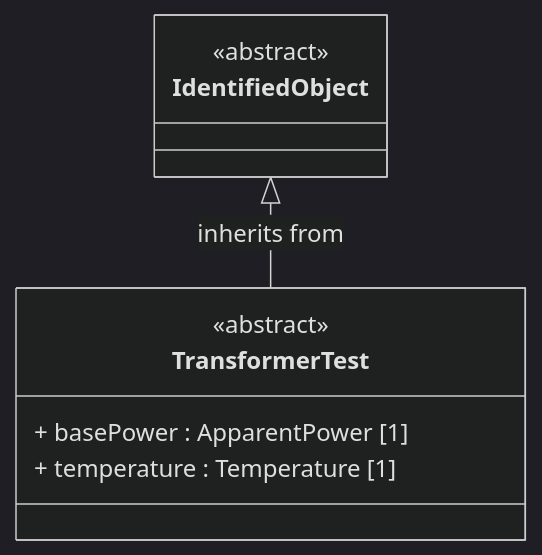
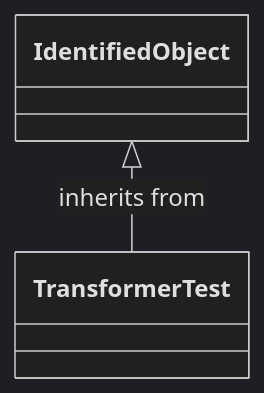
Before and after one commit to PNNL-CIM-Tools/CIM-Graph: diagram 14 of 14 in cimgraph/data_profile/cim18gmdm/asset/Asset.rdfs-t2b.md, drawn with Mermaid (dark theme). The commit also changed other lines of this file and 4 other files, not shown here.

````diff
--- a/cimgraph/data_profile/cim18gmdm/asset/Asset.rdfs-t2b.md
+++ b/cimgraph/data_profile/cim18gmdm/asset/Asset.rdfs-t2b.md
@@ -631,16 +546,6 @@
 ```mermaid
 classDiagram
-direction TB
-
-class TransformerTest {
-<<abstract>>
-+ basePower : ApparentPower [1]
-+ temperature : Temperature [1]
+class TransformerTest{
 }
-
-class IdentifiedObject {
-<<abstract>>
-}
-
 IdentifiedObject <|-- TransformerTest : inherits from
 ```
````
